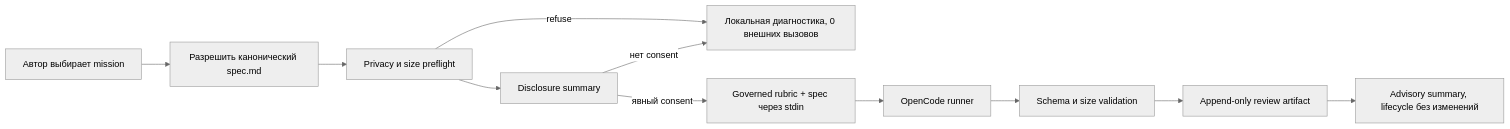
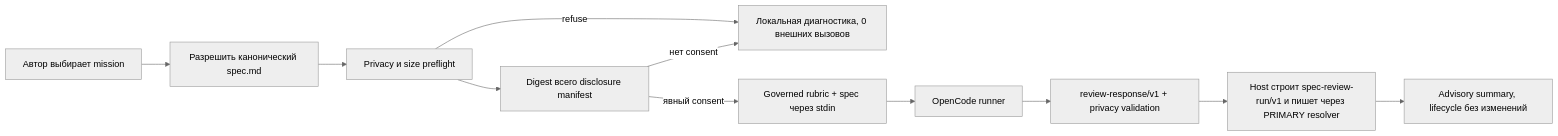
One commit to Priivacy-ai/spec-kitty changed the diagram in kitty-specs/ox-alpha-spec-reviewer-01M0N82A/plan.md. Above: the diagram before and after it, drawn with Mermaid (neutral theme). The commit also changed other lines of this file, not shown here.

Commit message:
Add plan for feature ox-alpha-spec-reviewer-01M0N82A

````diff
--- a/kitty-specs/ox-alpha-spec-reviewer-01M0N82A/plan.md
+++ b/kitty-specs/ox-alpha-spec-reviewer-01M0N82A/plan.md
@@ -58,13 +60,13 @@
 ```mermaid
 flowchart LR
     A[Автор выбирает mission] --> B[Разрешить канонический spec.md]
     B --> C[Privacy и size preflight]
     C -->|refuse| X[Локальная диагностика, 0 внешних вызовов]
-    C --> D[Disclosure summary]
+    C --> D[Digest всего disclosure manifest]
     D -->|нет consent| X
     D -->|явный consent| E[Governed rubric + spec через stdin]
     E --> F[OpenCode runner]
-    F --> G[Schema и size validation]
-    G --> H[Append-only review artifact]
+    F --> G[review-response/v1 + privacy validation]
+    G --> H[Host строит spec-review-run/v1 и пишет через PRIMARY resolver]
     H --> I[Advisory summary, lifecycle без изменений]
 ```
````
